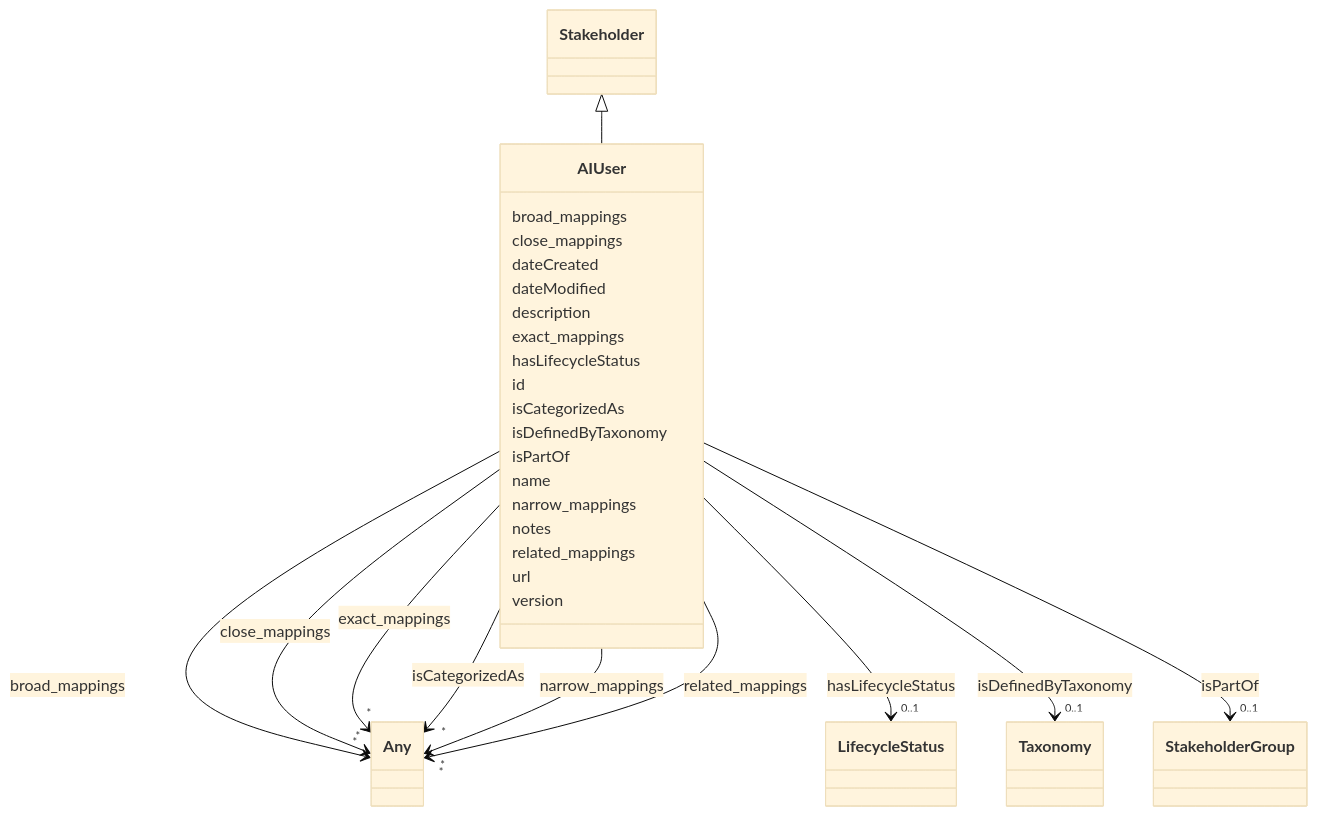
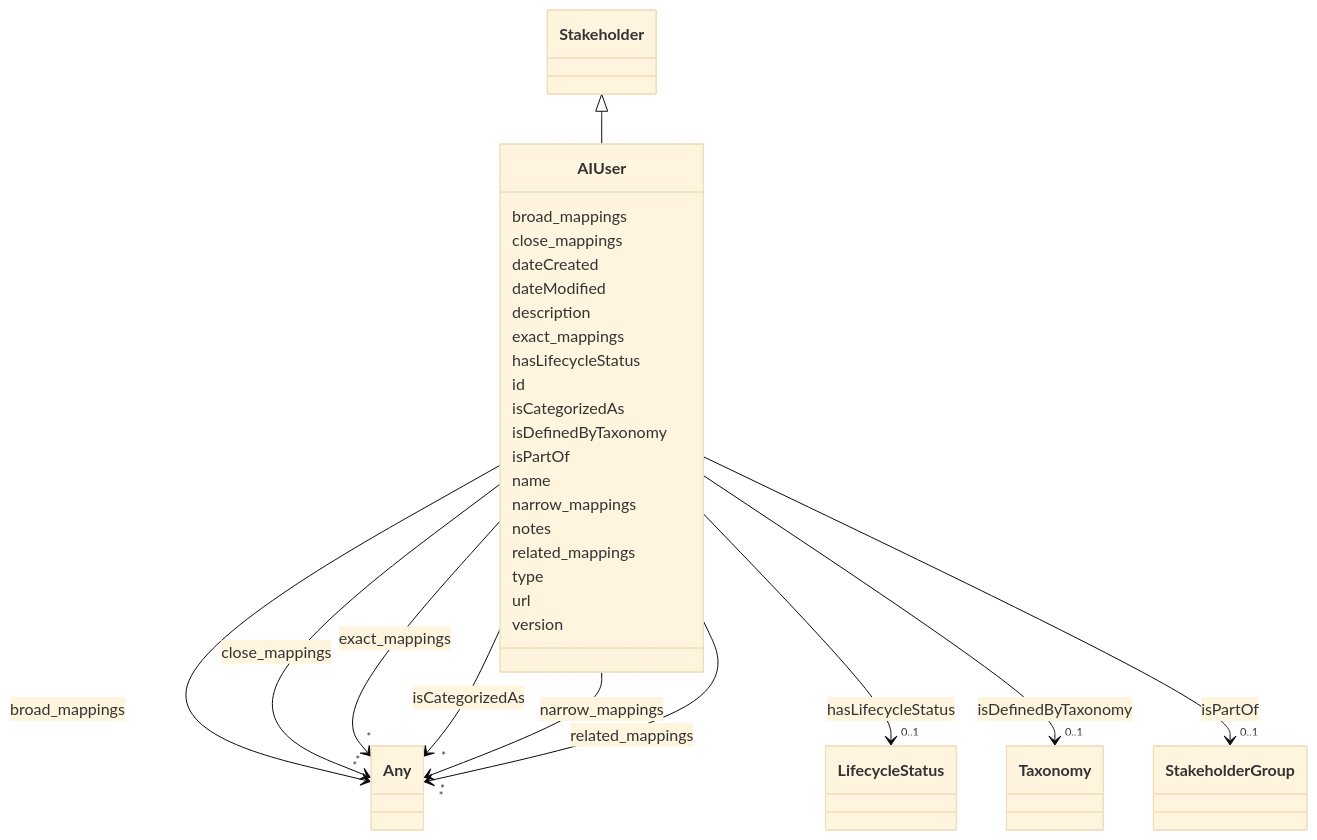
Before and after one commit to IBM/ai-atlas-nexus: the diagram in docs/ontology/AIUser.md, drawn with Mermaid (base theme). The commit also changed other lines of this file and 151 other files, not shown here.

```diff
--- a/docs/ontology/AIUser.md
+++ b/docs/ontology/AIUser.md
@@ -129,6 +129,8 @@
 
 
 
+      AIUser : type
+
       AIUser : url
 
       AIUser : version
```
